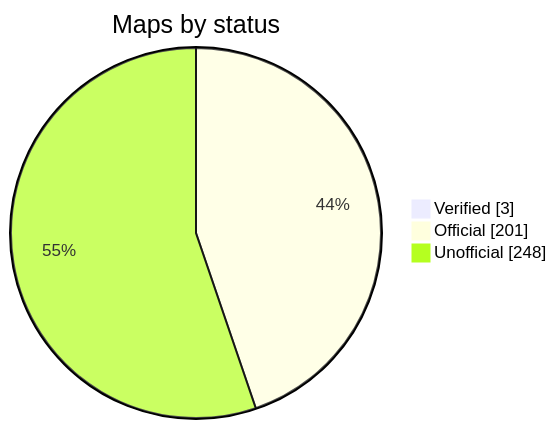
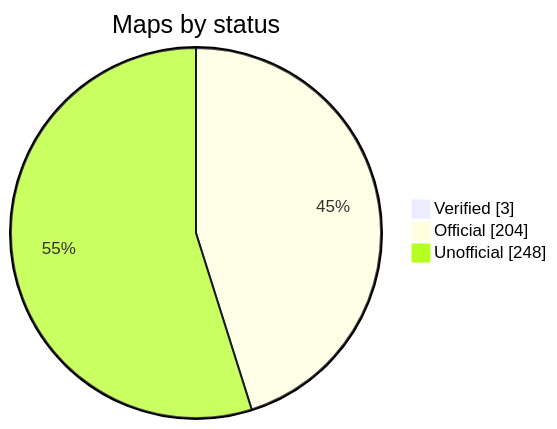
One commit to nobrega8/mbmap-library changed the diagram in README.md. Above: the diagram before and after it, drawn with Mermaid. The commit also changed 4 other files, not shown here.

````diff
--- a/README.md
+++ b/README.md
@@ -48,7 +48,7 @@
 ```mermaid
 pie showData
     title Maps by status
     "Verified" : 3
-    "Official" : 201
+    "Official" : 204
     "Unofficial" : 248
 ```
````
